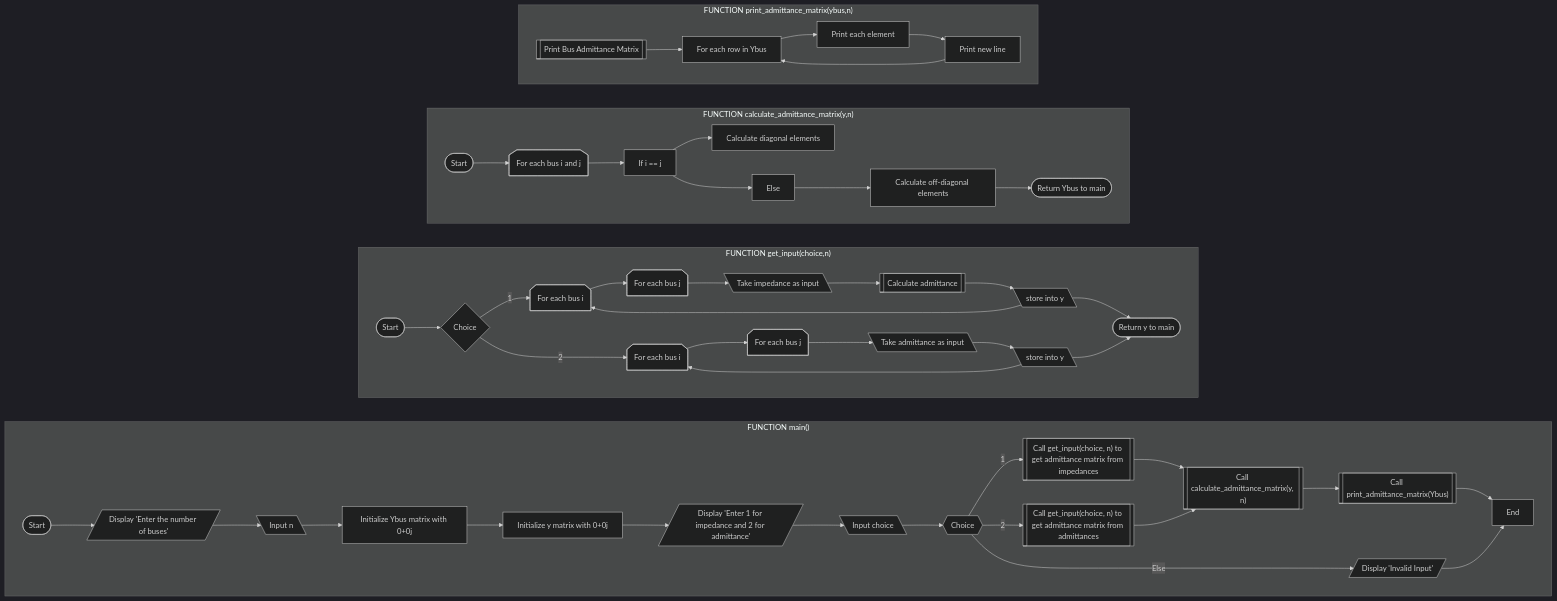
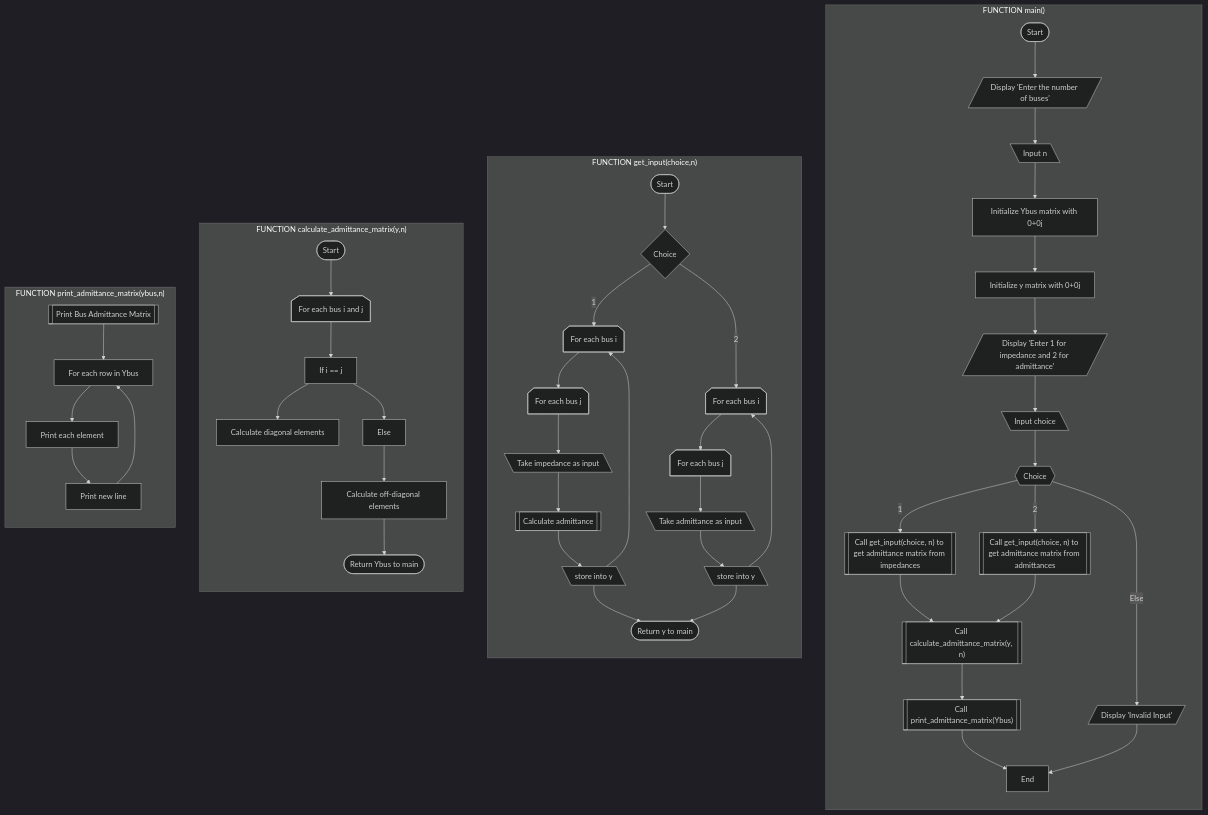
One commit to Sree2011/codes-loadflow-analysis changed the second of 2 diagrams in README.md. Above: the diagram before and after it, drawn with Mermaid (dark theme).

````diff
--- a/README.md
+++ b/README.md
@@ -141,63 +141,63 @@
 ```mermaid
-graph LR
+graph TD
    subgraph "FUNCTION main()"
-   direction LR
+   direction TB
       A([Start]) --> B[Display 'Enter the number of buses']@{shape: lean-right}
       B --> B1[Input n]@{shape: lean-left}
       B1 --> C[Initialize Ybus matrix with 0+0j]
       C --> D[Initialize y matrix with 0+0j]
       D --> E[Display 'Enter 1 for impedance and 2 for admittance']@{shape: lean-right}
       E --> E1[Input choice]@{shape: lean-left}
       E1 --> F[Choice]@{shape: hex}
       F -->|1| G[["Call get_input(choice, n) to get admittance matrix from impedances"]]
       F -->|2| H[["Call get_input(choice, n) to get admittance matrix from admittances"]]
       F --> |Else| AB[Display 'Invalid Input']@{shape: lean-right}
       G --> I[["Call calculate_admittance_matrix(y, n)"]]
       H --> I
       I --> J[["Call print_admittance_matrix(Ybus)"]]
       J --> K[End]
       AB --> K
    end
    subgraph "FUNCTION get_input(choice,n)"
-   direction LR   
+   direction TB
       V[Start]@{shape: stadium} --> K2{Choice}
       K2 --> |1| L1{For each bus i}@{shape: notch-pent}
       L1 --> L2{For each bus j}@{shape: notch-pent}
       L2 --> M1[Take impedance as input]@{shape: lean-left}
       M1 --> M2[[Calculate admittance]]
       M2 --> M3[store into y]@{shape: lean-left}
       M3 --> L1
       M3 --> Q1
       
       K2 --> |2| O1{For each bus i}@{shape: notch-pent}
       O1 --> O2{For each bus j}@{shape: notch-pent}
       O2 --> P1[Take admittance as input]@{shape: lean-left}
       P1 --> P2[store into y]@{shape: lean-left}
       P2 --> O1
       P2 --> Q1[Return y to main]@{shape: stadium}
    
      
    end
 
    subgraph "FUNCTION calculate_admittance_matrix(y,n)"
-   direction LR
+   direction TB
       R[Start]@{shape: stadium} --> R1[For each bus i and j]@{shape: notch-pent}
       R1 --> S1[If i == j]
       S1 --> T1[Calculate diagonal elements]
       S1 --> U1[Else]
       U1 --> V1[Calculate off-diagonal elements]
       V1 --> W1[Return Ybus to main]@{shape: stadium}
    end
 
    subgraph "FUNCTION print_admittance_matrix(ybus,n)"
-   direction LR
+   direction TB
       X1[[Print Bus Admittance Matrix]]
       X1 --> Y1[For each row in Ybus]
       Y1 --> Z1[Print each element]
       Z1 --> AA1[Print new line]
       AA1 --> Y1
    end
 
 
 
 ```
````
